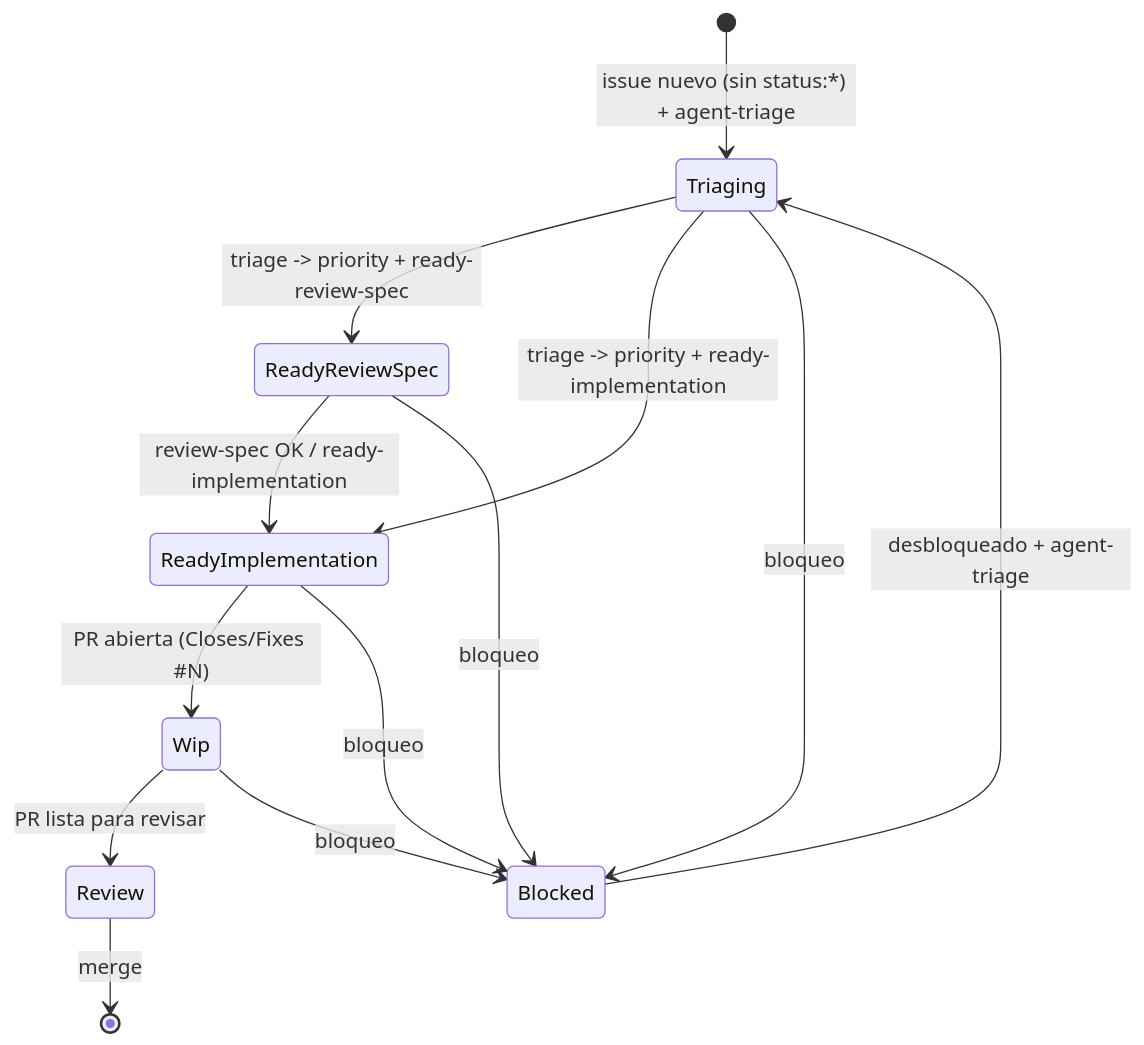
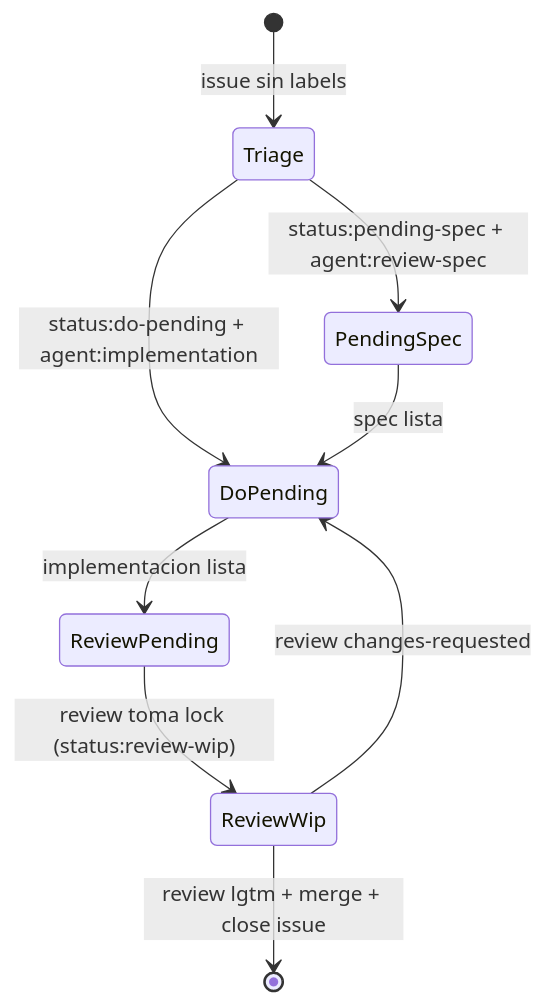
One commit to doreancl/hunger-games changed the diagram in .agents/parent-agent.md. Above: the diagram before and after it, drawn with Mermaid. The commit also changed other lines of this file and 4 other files, not shown here.

Commit message:
feat(agents): tighten orchestration and review flow

````diff
--- a/.agents/parent-agent.md
+++ b/.agents/parent-agent.md
@@ -16,15 +15,11 @@
 ```mermaid
 stateDiagram-v2
-  [*] --> Triaging: issue nuevo (sin status:*) + agent-triage
-  Triaging --> ReadyReviewSpec: triage -> priority + ready-review-spec
-  Triaging --> ReadyImplementation: triage -> priority + ready-implementation
-  ReadyReviewSpec --> ReadyImplementation: review-spec OK / ready-implementation
-  ReadyImplementation --> Wip: PR abierta (Closes/Fixes #N)
-  Wip --> Review: PR lista para revisar
-  Review --> [*]: merge
-  Triaging --> Blocked: bloqueo
-  ReadyReviewSpec --> Blocked: bloqueo
-  ReadyImplementation --> Blocked: bloqueo
-  Wip --> Blocked: bloqueo
-  Blocked --> Triaging: desbloqueado + agent-triage
+  [*] --> Triage: issue sin labels
+  Triage --> PendingSpec: status:pending-spec + agent:review-spec
+  Triage --> DoPending: status:do-pending + agent:implementation
+  PendingSpec --> DoPending: spec lista
+  DoPending --> ReviewPending: implementacion lista
+  ReviewPending --> ReviewWip: review toma lock (status:review-wip)
+  ReviewWip --> [*]: review lgtm + merge + close issue
+  ReviewWip --> DoPending: review changes-requested
 ```
````
